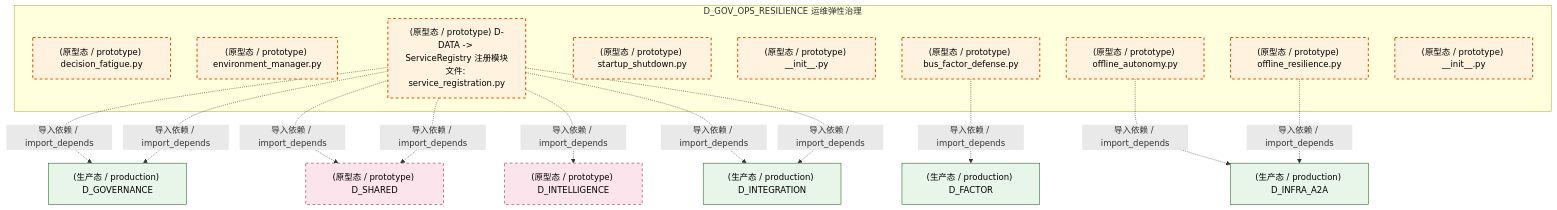
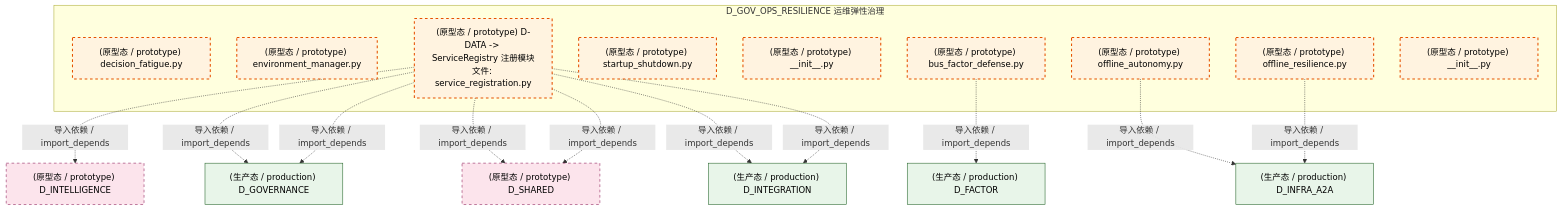
The fifth of 6 diagrams in docs/02_enterprise_architecture/02_domain_architecture_docs/17_d_gov_ops_resilience.md (xuanFelixVan/ZephyrAlpha), drawn with Mermaid before and after one commit. The commit also changed other lines of this file and 89 other files, not shown here.

````diff
--- a/docs/02_enterprise_architecture/02_domain_architecture_docs/17_d_gov_ops_resilience.md
+++ b/docs/02_enterprise_architecture/02_domain_architecture_docs/17_d_gov_ops_resilience.md
@@ -567,37 +566,37 @@
 ```mermaid
 graph TD
     subgraph D_GOV_OPS_RESILIENCE["D_GOV_OPS_RESILIENCE 运维弹性治理"]
         src_zephyr_governance_ops_governance_decision_fatigue_py["(原型态 / prototype) decision_fatigue.py"]
         src_zephyr_governance_ops_governance_environment_manager_py["(原型态 / prototype) environment_manager.py"]
         src_zephyr_governance_ops_governance_service_registration_py["(原型态 / prototype) D-DATA -> ServiceRegistry 注册模块<br/>文件: service_registration.py"]
         src_zephyr_governance_ops_governance_startup_shutdown_py["(原型态 / prototype) startup_shutdown.py"]
         src_zephyr_governance_resilience_governance_init_py["(原型态 / prototype) __init__.py"]
         src_zephyr_governance_resilience_governance_bus_factor_defense_py["(原型态 / prototype) bus_factor_defense.py"]
         src_zephyr_governance_resilience_governance_offline_autonomy_py["(原型态 / prototype) offline_autonomy.py"]
         src_zephyr_governance_resilience_governance_offline_resilience_py["(原型态 / prototype) offline_resilience.py"]
         src_zephyr_governance_security_governance_init_py["(原型态 / prototype) __init__.py"]
     end
+    D_INTELLIGENCE["(原型态 / prototype) D_INTELLIGENCE"]
+    src_zephyr_governance_ops_governance_service_registration_py -.->|导入依赖 / import_depends| D_INTELLIGENCE
     D_GOVERNANCE["(生产态 / production) D_GOVERNANCE"]
     src_zephyr_governance_ops_governance_service_registration_py -.->|导入依赖 / import_depends| D_GOVERNANCE
+    D_INFRA_A2A["(生产态 / production) D_INFRA_A2A"]
+    src_zephyr_governance_resilience_governance_offline_autonomy_py -.->|导入依赖 / import_depends| D_INFRA_A2A
     D_SHARED["(原型态 / prototype) D_SHARED"]
     src_zephyr_governance_ops_governance_service_registration_py -.->|导入依赖 / import_depends| D_SHARED
-    D_INTELLIGENCE["(原型态 / prototype) D_INTELLIGENCE"]
-    src_zephyr_governance_ops_governance_service_registration_py -.->|导入依赖 / import_depends| D_INTELLIGENCE
-    D_INFRA_A2A["(生产态 / production) D_INFRA_A2A"]
-    src_zephyr_governance_resilience_governance_offline_autonomy_py -.->|导入依赖 / import_depends| D_INFRA_A2A
     src_zephyr_governance_ops_governance_service_registration_py -.->|导入依赖 / import_depends| D_GOVERNANCE
     src_zephyr_governance_resilience_governance_offline_resilience_py -.->|导入依赖 / import_depends| D_INFRA_A2A
     src_zephyr_governance_ops_governance_service_registration_py -.->|导入依赖 / import_depends| D_SHARED
     D_FACTOR["(生产态 / production) D_FACTOR"]
     src_zephyr_governance_resilience_governance_bus_factor_defense_py -.->|导入依赖 / import_depends| D_FACTOR
     D_INTEGRATION["(生产态 / production) D_INTEGRATION"]
     src_zephyr_governance_ops_governance_service_registration_py -.->|导入依赖 / import_depends| D_INTEGRATION
     src_zephyr_governance_ops_governance_service_registration_py -.->|导入依赖 / import_depends| D_INTEGRATION
     classDef production fill:#e1f5fe,stroke:#01579b,stroke-width:2px,color:#000
     classDef design fill:#fff3e0,stroke:#e65100,stroke-width:2px,color:#000,stroke-dasharray: 5 5
     classDef external_prod fill:#e8f5e9,stroke:#1b5e20,stroke-width:1px,color:#000
     classDef external_design fill:#fce4ec,stroke:#880e4f,stroke-width:1px,color:#000,stroke-dasharray: 5 5
     class src_zephyr_governance_ops_governance_decision_fatigue_py,src_zephyr_governance_ops_governance_environment_manager_py,src_zephyr_governance_ops_governance_service_registration_py,src_zephyr_governance_ops_governance_startup_shutdown_py,src_zephyr_governance_resilience_governance_init_py,src_zephyr_governance_resilience_governance_bus_factor_defense_py,src_zephyr_governance_resilience_governance_offline_autonomy_py,src_zephyr_governance_resilience_governance_offline_resilience_py,src_zephyr_governance_security_governance_init_py design
     class D_GOVERNANCE,D_INFRA_A2A,D_FACTOR,D_INTEGRATION external_prod
-    class D_SHARED,D_INTELLIGENCE external_design
+    class D_INTELLIGENCE,D_SHARED external_design
 ```
````
